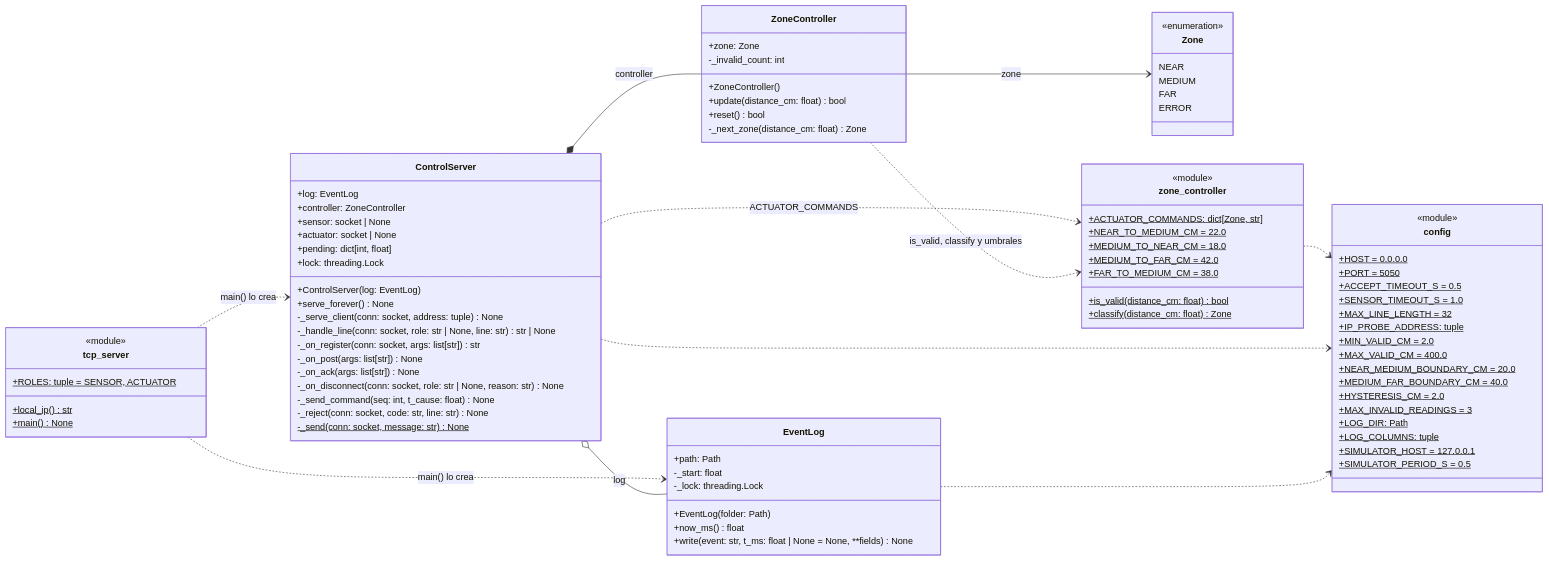
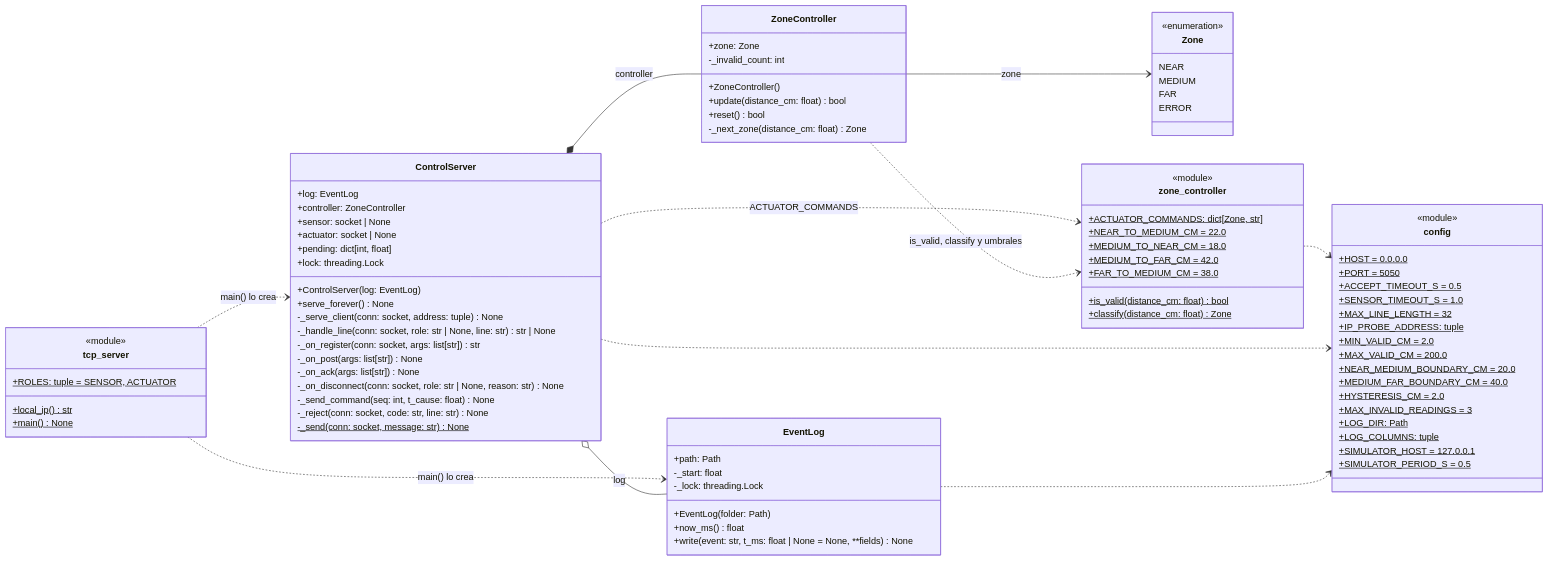
The seventh of 10 diagrams in Informe.md (Andres004/SecondProject-IoT), drawn with Mermaid before and after one commit. The commit also changed other lines of this file and 10 other files, not shown here.

```diff
--- a/Informe.md
+++ b/Informe.md
@@ -541,7 +541,7 @@
         +MAX_LINE_LENGTH = 32$
         +IP_PROBE_ADDRESS: tuple$
         +MIN_VALID_CM = 2.0$
-        +MAX_VALID_CM = 400.0$
+        +MAX_VALID_CM = 200.0$
         +NEAR_MEDIUM_BOUNDARY_CM = 20.0$
         +MEDIUM_FAR_BOUNDARY_CM = 40.0$
         +HYSTERESIS_CM = 2.0$
```
